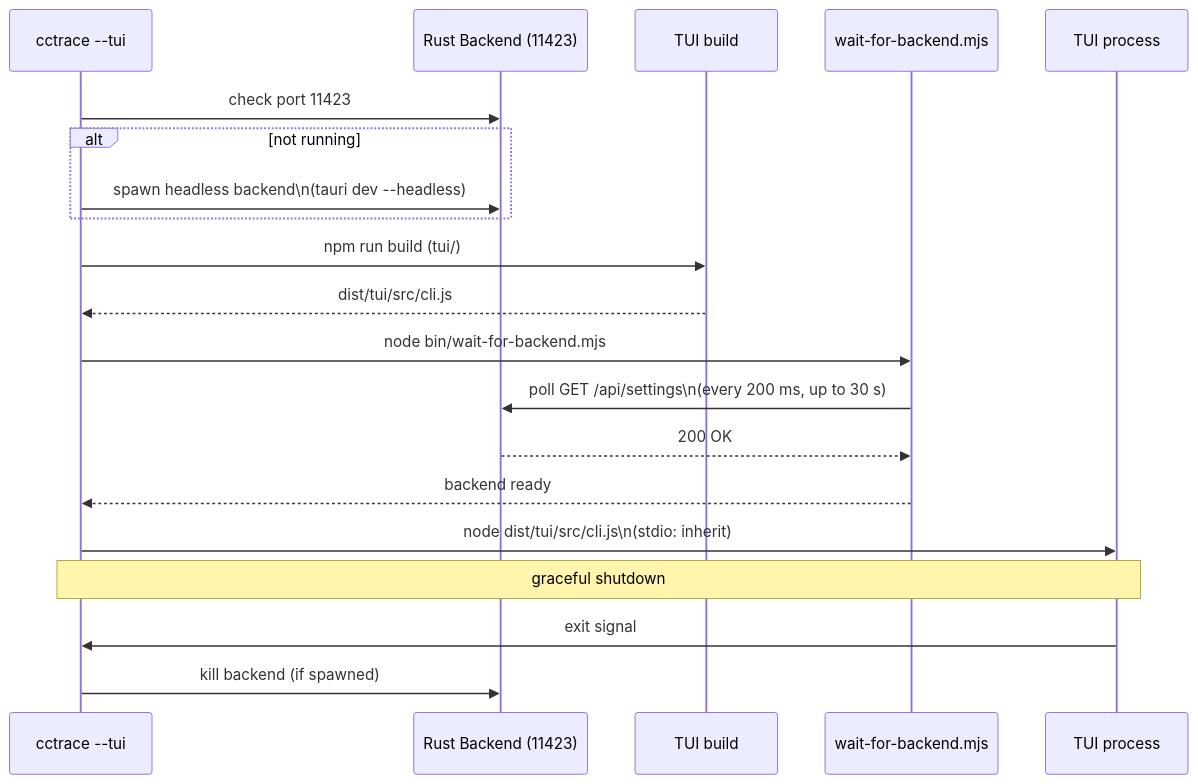
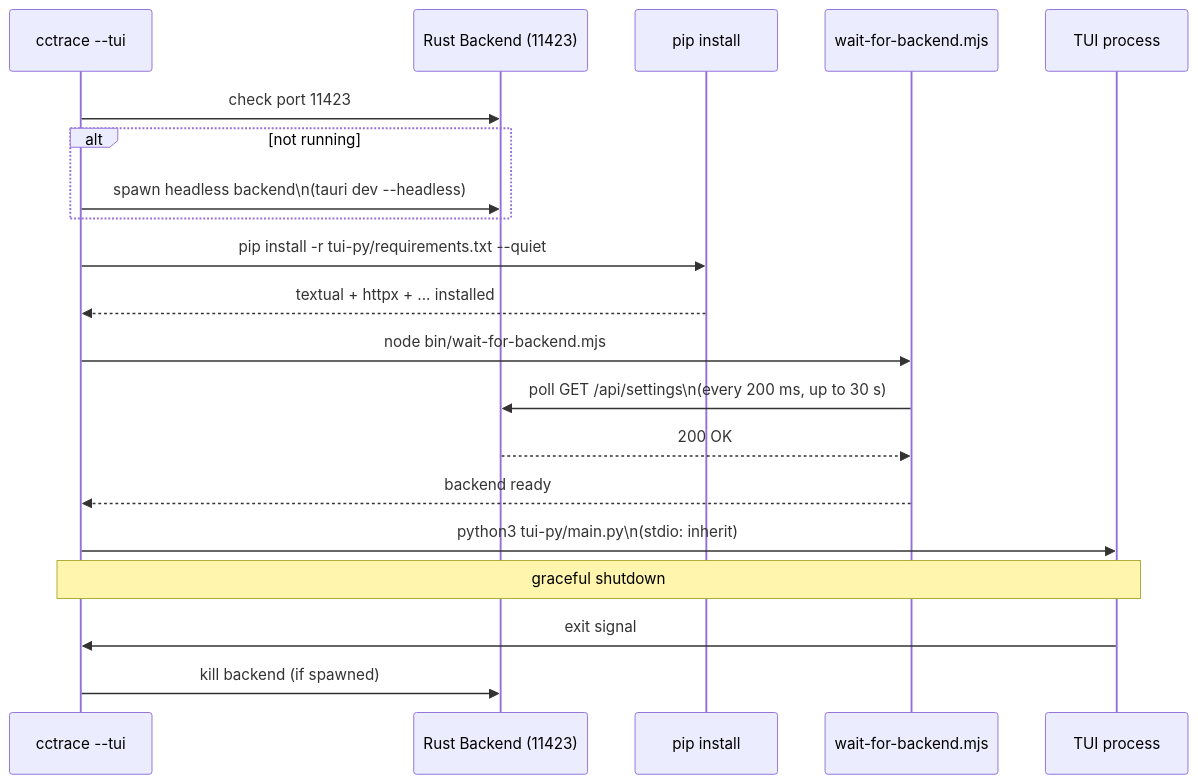
Before and after one commit to delexw/claude-code-trace: the third of 7 diagrams in specs/12-cli-launcher.md, drawn with Mermaid. The commit also changed other lines of this file and 72 other files, not shown here.

First line of the commit message:
feat(tui-py): migrate TUI to Python/Textual; add tests + polish

````diff
--- a/specs/12-cli-launcher.md
+++ b/specs/12-cli-launcher.md
@@ -52,27 +52,27 @@
 ```mermaid
 sequenceDiagram
     participant CLI as cctrace --tui
     participant BE as Rust Backend (11423)
-    participant BUILD as TUI build
+    participant DEPS as pip install
     participant WAIT as wait-for-backend.mjs
     participant TUI as TUI process
 
     CLI ->> BE: check port 11423
     alt not running
         CLI ->> BE: spawn headless backend\n(tauri dev --headless)
     end
 
-    CLI ->> BUILD: npm run build (tui/)
-    BUILD -->> CLI: dist/tui/src/cli.js
+    CLI ->> DEPS: pip install -r tui-py/requirements.txt --quiet
+    DEPS -->> CLI: textual + httpx + ... installed
 
     CLI ->> WAIT: node bin/wait-for-backend.mjs
     WAIT ->> BE: poll GET /api/settings\n(every 200 ms, up to 30 s)
     BE -->> WAIT: 200 OK
     WAIT -->> CLI: backend ready
 
-    CLI ->> TUI: node dist/tui/src/cli.js\n(stdio: inherit)
+    CLI ->> TUI: python3 tui-py/main.py\n(stdio: inherit)
 
     Note over CLI,TUI: graceful shutdown
     TUI ->> CLI: exit signal
     CLI ->> BE: kill backend (if spawned)
 ```
````
